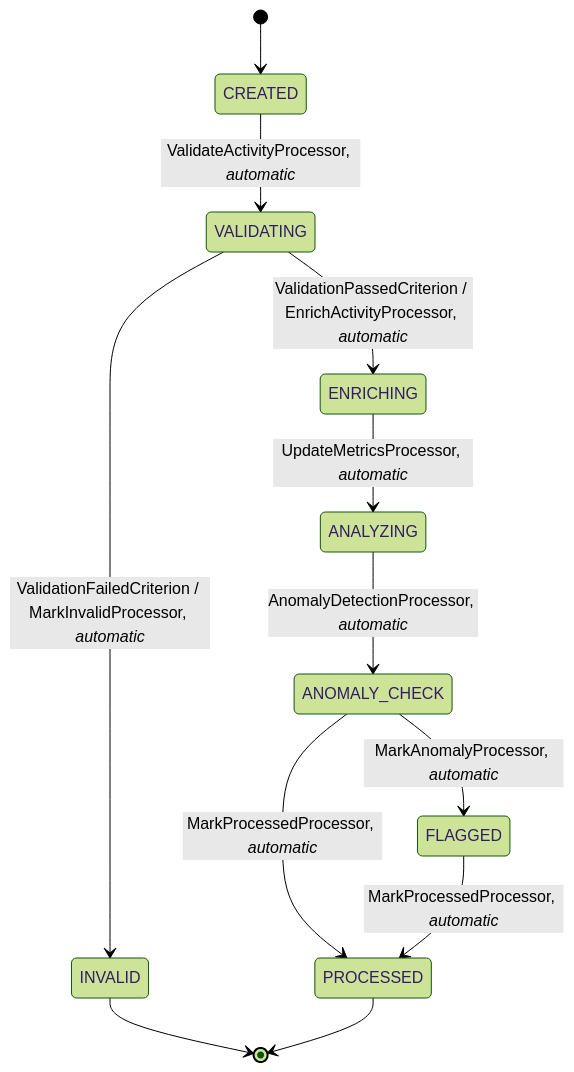
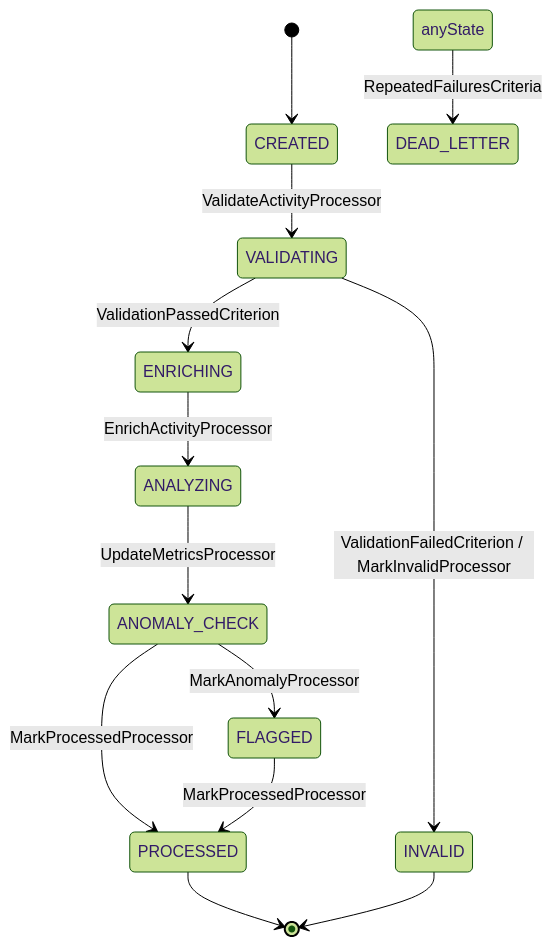
The second of 3 diagrams in src/main/java/com/java_template/prototype/functional_requirement.md (Cyoda-platform/java-client-template), drawn with Mermaid (forest theme) before and after one commit. The commit also changed other lines of this file, not shown here.

````diff
--- a/src/main/java/com/java_template/prototype/functional_requirement.md
+++ b/src/main/java/com/java_template/prototype/functional_requirement.md
@@ -73,14 +117,15 @@
 ```mermaid
 stateDiagram-v2
     [*] --> CREATED
-    CREATED --> VALIDATING : ValidateActivityProcessor, *automatic*
-    VALIDATING --> ENRICHING : ValidationPassedCriterion / EnrichActivityProcessor, *automatic*
-    VALIDATING --> INVALID : ValidationFailedCriterion / MarkInvalidProcessor, *automatic*
-    ENRICHING --> ANALYZING : UpdateMetricsProcessor, *automatic*
-    ANALYZING --> ANOMALY_CHECK : AnomalyDetectionProcessor, *automatic*
-    ANOMALY_CHECK --> PROCESSED : MarkProcessedProcessor, *automatic*
-    ANOMALY_CHECK --> FLAGGED : MarkAnomalyProcessor, *automatic*
-    FLAGGED --> PROCESSED : MarkProcessedProcessor, *automatic*
+    CREATED --> VALIDATING : ValidateActivityProcessor
+    VALIDATING --> INVALID : ValidationFailedCriterion / MarkInvalidProcessor
+    VALIDATING --> ENRICHING : ValidationPassedCriterion
+    ENRICHING --> ANALYZING : EnrichActivityProcessor
+    ANALYZING --> ANOMALY_CHECK : UpdateMetricsProcessor
+    ANOMALY_CHECK --> PROCESSED : MarkProcessedProcessor
+    ANOMALY_CHECK --> FLAGGED : MarkAnomalyProcessor
+    FLAGGED --> PROCESSED : MarkProcessedProcessor
+    PROCESSED --> [*]
     INVALID --> [*]
-    PROCESSED --> [*]
+    anyState --> DEAD_LETTER : RepeatedFailuresCriteria
 ```
````
